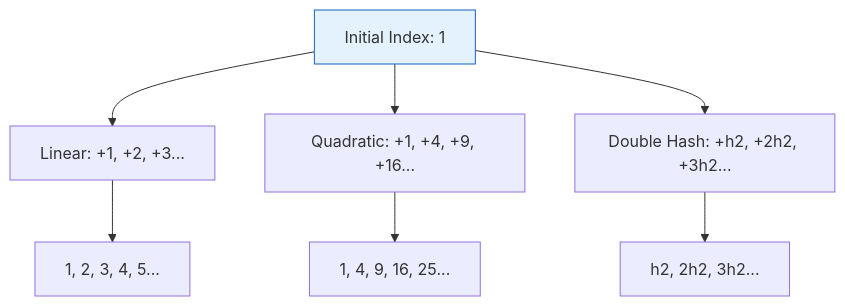
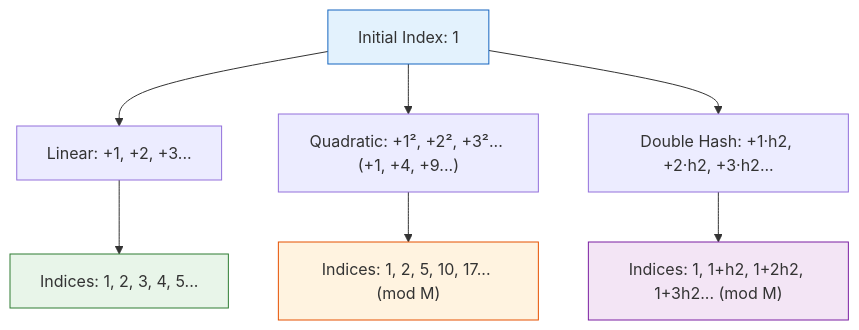
Before and after one commit to imyash0722/SEM3-DSA-UE25CS52A-STUDY-MATERIAL: the eighth of 11 diagrams in site/docs/unit4/theory/unit4_02_collision_resolution.md, drawn with Mermaid. The commit also changed other lines of this file and 113 other files, not shown here.

Commit message:
Fix Mermaid diagram syntax, dark mode readability, algorithmic visualizations, and update site build

````diff
--- a/site/docs/unit4/theory/unit4_02_collision_resolution.md
+++ b/site/docs/unit4/theory/unit4_02_collision_resolution.md
@@ -305,12 +307,15 @@
 ```mermaid
 graph TD
-    Start[Initial Index: 1] --> LP[Linear: +1, +2, +3...]
-    Start --> QP[Quadratic: +1, +4, +9, +16...]
-    Start --> DH[Double Hash: +h2, +2h2, +3h2...]
+    Start["Initial Index: 1"] --> LP["Linear: +1, +2, +3..."]
+    Start --> QP["Quadratic: +1², +2², +3²... (+1, +4, +9...)"]
+    Start --> DH["Double Hash: +1·h2, +2·h2, +3·h2..."]
     
-    LP --> LPSeq[1, 2, 3, 4, 5...]
-    QP --> QPSeq[1, 4, 9, 16, 25...]
-    DH --> DHSeq[h2, 2h2, 3h2...]
+    LP --> LPSeq["Indices: 1, 2, 3, 4, 5..."]
+    QP --> QPSeq["Indices: 1, 2, 5, 10, 17... (mod M)"]
+    DH --> DHSeq["Indices: 1, 1+h2, 1+2h2, 1+3h2... (mod M)"]
     
     style Start fill:#e3f2fd,stroke:#1565c0
+    style LPSeq fill:#e8f5e9,stroke:#2e7d32
+    style QPSeq fill:#fff3e0,stroke:#e65100
+    style DHSeq fill:#f3e5f5,stroke:#7b1fa2
 ```
````
